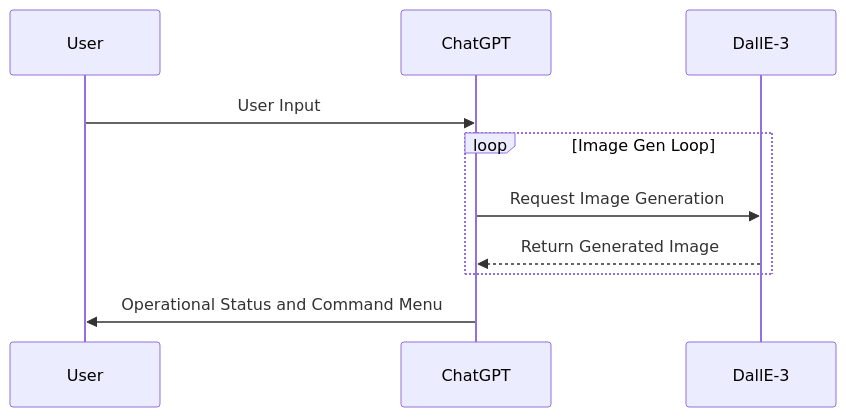
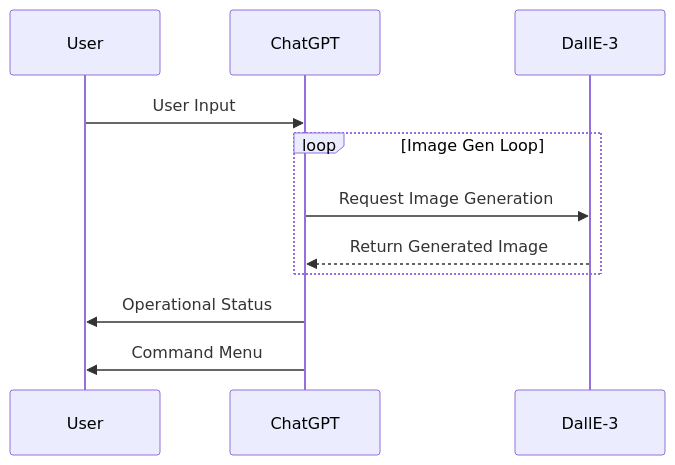
One commit to nerority/Advanced-GPTs changed the first of 8 diagrams in README.md. Above: the diagram before and after it, drawn with Mermaid. The commit also changed other lines of this file, not shown here.

````diff
--- a/README.md
+++ b/README.md
@@ -55,13 +55,14 @@
 ```mermaid
 sequenceDiagram
     participant user as User
     participant ChatGPT
     participant Dalle as DallE-3
 
     user->>ChatGPT: User Input
     loop Image Gen Loop
         ChatGPT->>Dalle: Request Image Generation
         Dalle-->>ChatGPT: Return Generated Image
     end
-    ChatGPT->>user: Operational Status and Command Menu
+    ChatGPT->>user: Operational Status
+    ChatGPT->>user: Command Menu
 ```
````
